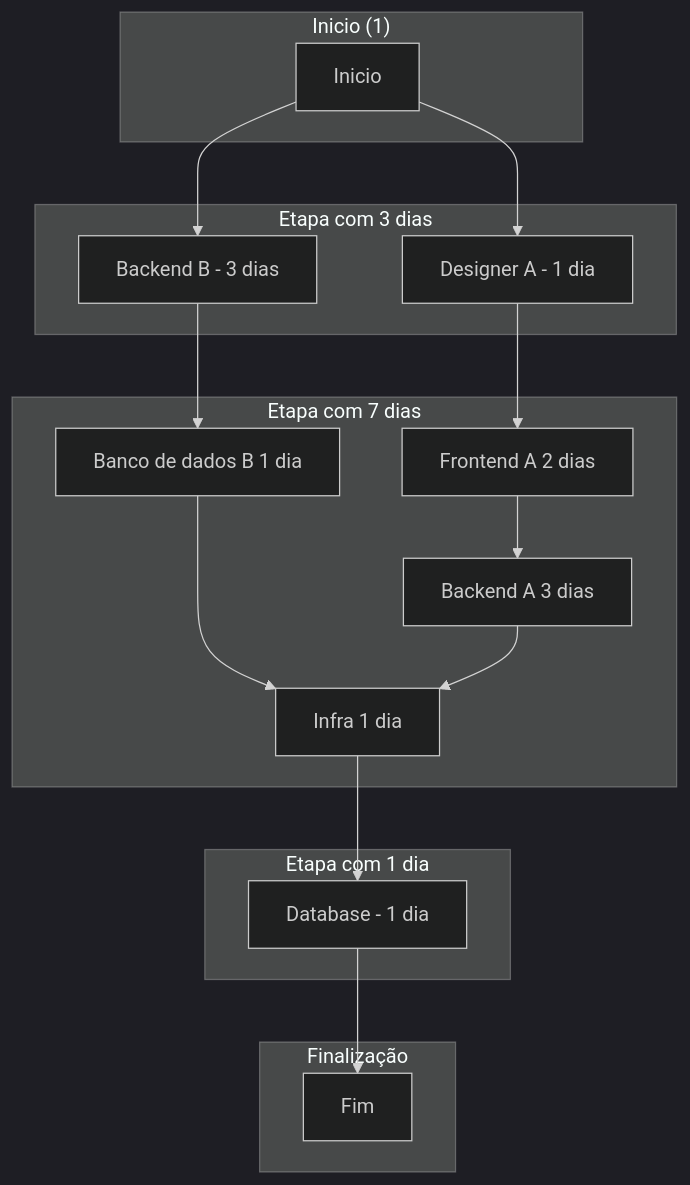
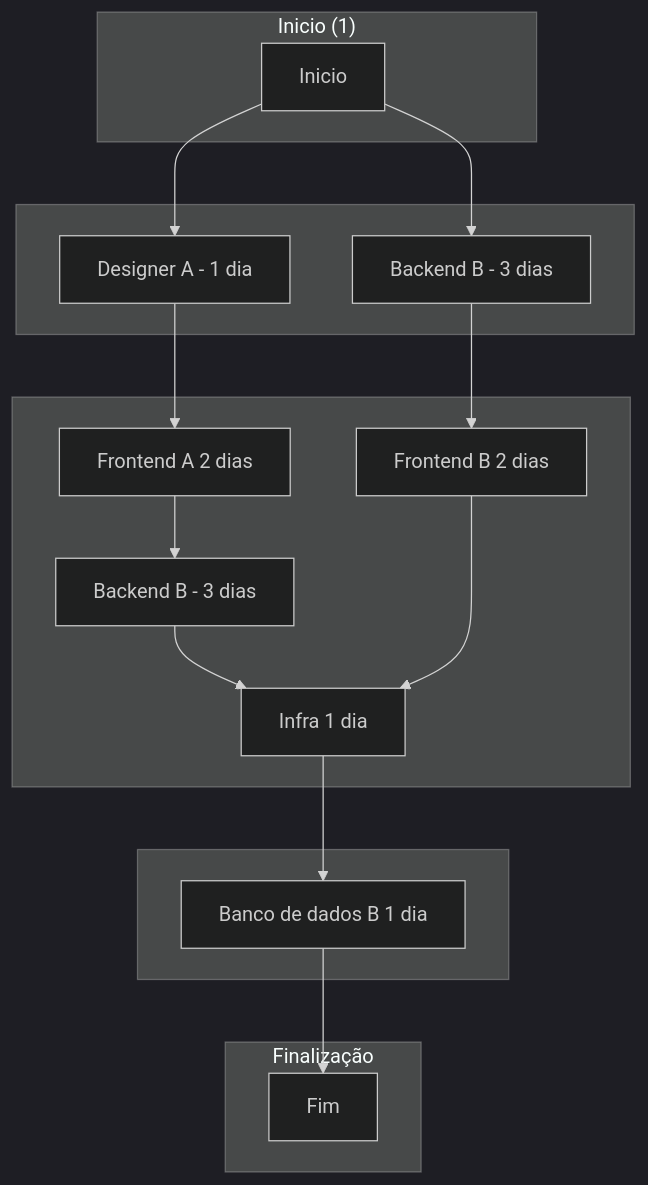
One commit to rafaelrvs/Diagrama-de-classe-umc changed the third of 3 diagrams in README.md. Above: the diagram before and after it, drawn with Mermaid (dark theme).

````diff
--- a/README.md
+++ b/README.md
@@ -84,48 +84,50 @@
 ```mermaid
 graph TD;
     subgraph "Inicio (1)"
         A[Inicio]
  
     end
 
-    subgraph "Etapa com 3 dias "
+    subgraph "  "
         B[Designer A - 1 dia ]
         C[Backend  B - 3 dias]
     end
 
-    subgraph "Etapa com 7 dias"
+    subgraph " "
         D[Frontend  A 2 dias ]
-        E[Banco de dados B 1 dia ]
-        F[Backend A 3 dias]
+     
         G[Infra 1 dia]
+        H[Frontend  B 2 dias ]
+        K[Backend  B - 3 dias]
     
     end
 
 
 
-    subgraph "Etapa com 1 dia"
-        I[Database - 1 dia]
+    subgraph " "
+       I[Banco de dados B 1 dia ]
     
     end
     subgraph "Finalização"
         J[Fim]
     
     end
 
     A --> B
     A --> C
     B --> D
-    C --> E
-    D --> F
-    E --> G
+     D --> K
     G --> I
-    F --> G
+K --> G
+    C --> H
     I --> J
+    H --> G
+    
 
  
 
   
  
 
 
 ```
````
